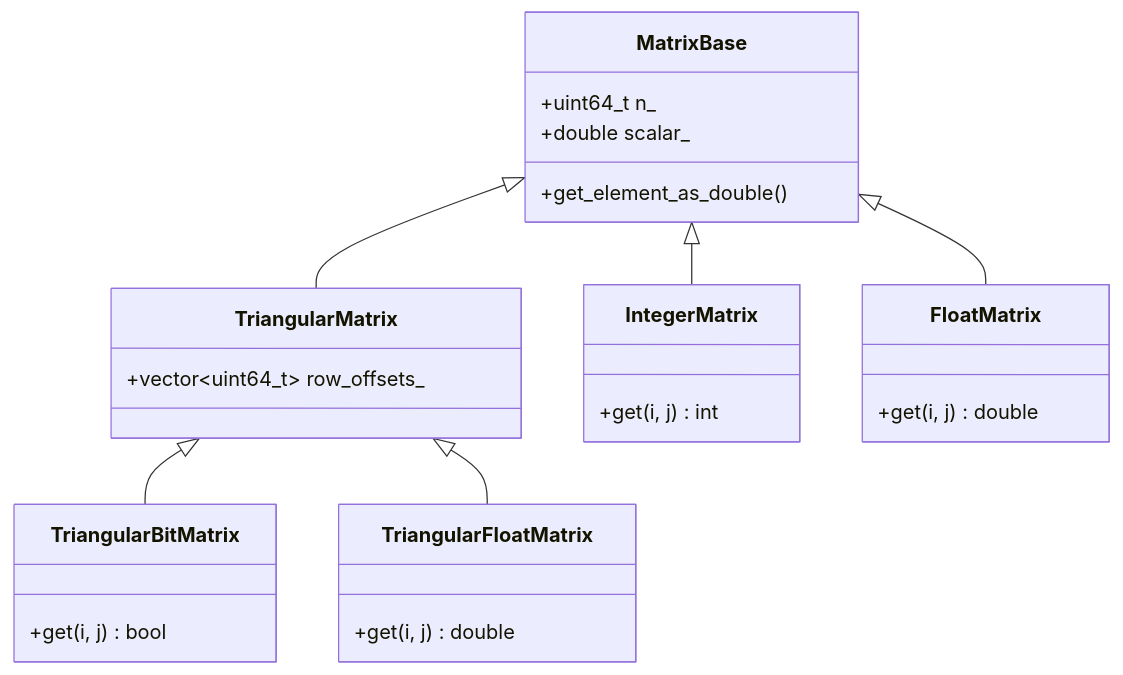
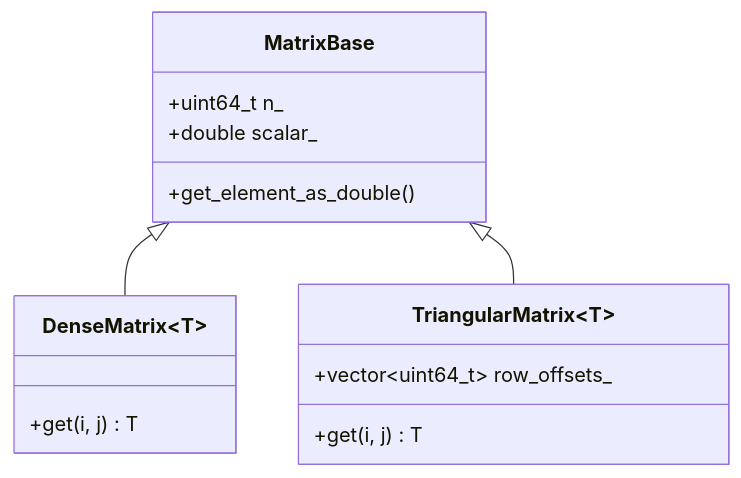
The diagram in documentation/guides/Matrix Guide.md (BrorH/pycauset), drawn with Mermaid before and after one commit. The commit also changed other lines of this file and 36 other files, not shown here.

````diff
--- a/documentation/guides/Matrix Guide.md
+++ b/documentation/guides/Matrix Guide.md
@@ -82,29 +103,18 @@
 ```mermaid
 classDiagram
     class MatrixBase {
         +uint64_t n_
         +double scalar_
         +get_element_as_double()
     }
-    class TriangularMatrix {
+    class DenseMatrix~T~ {
+        +get(i, j) T
+    }
+    class TriangularMatrix~T~ {
         +vector~uint64_t~ row_offsets_
+        +get(i, j) T
     }
-    class TriangularBitMatrix {
-        +get(i, j) bool
-    }
-    class TriangularFloatMatrix {
-        +get(i, j) double
-    }
-    class IntegerMatrix {
-        +get(i, j) int
-    }
-    class FloatMatrix {
-        +get(i, j) double
-    }
-
+    
+    MatrixBase <|-- DenseMatrix
     MatrixBase <|-- TriangularMatrix
-    MatrixBase <|-- IntegerMatrix
-    MatrixBase <|-- FloatMatrix
-    TriangularMatrix <|-- TriangularBitMatrix
-    TriangularMatrix <|-- TriangularFloatMatrix
 ```
````
